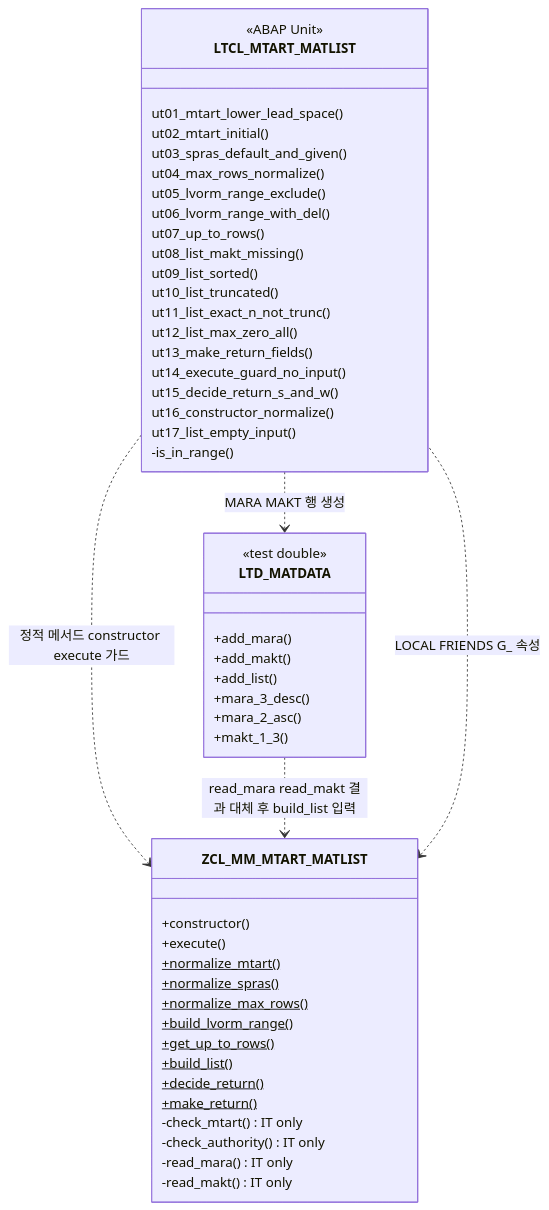
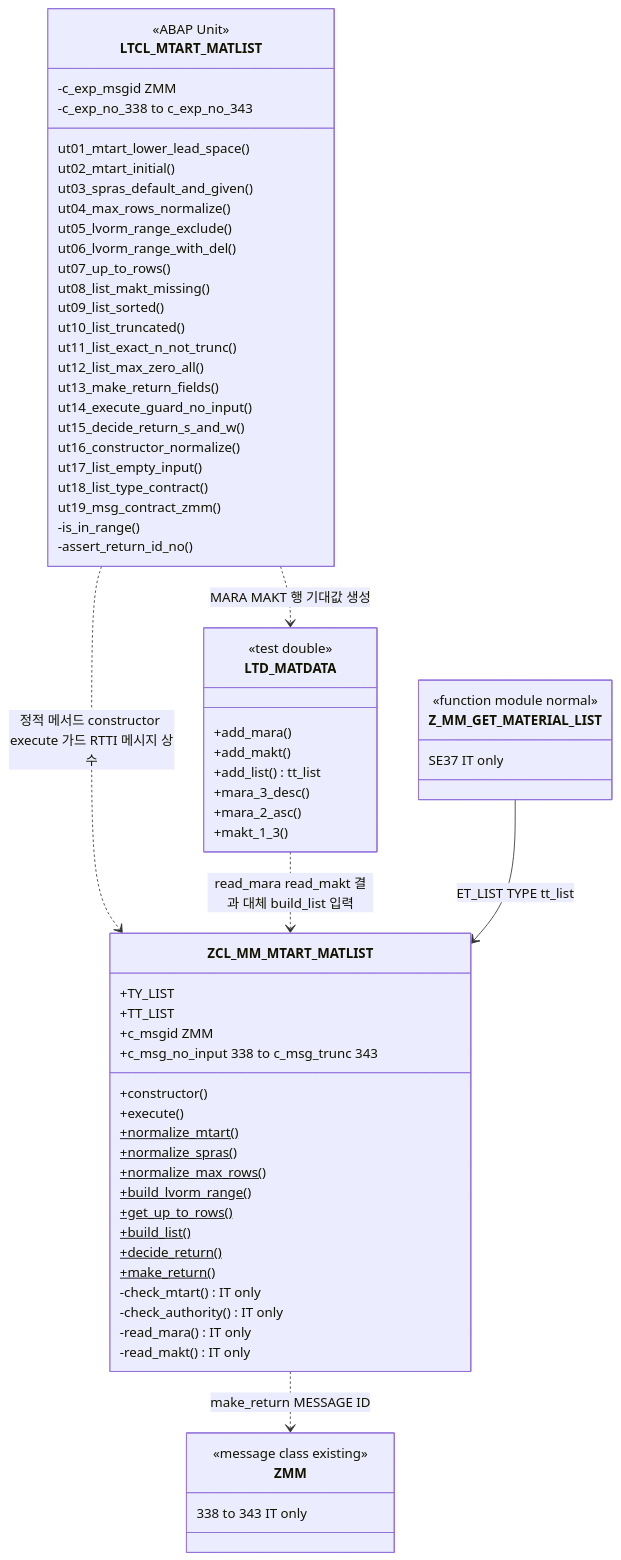
The third of 3 diagrams in work/20261119-f26e72/04_test.md (sunguphong/devsap), drawn with Mermaid before and after one commit. The commit also changed other lines of this file and 20 other files, not shown here.

````diff
--- a/work/20261119-f26e72/04_test.md
+++ b/work/20261119-f26e72/04_test.md
@@ -49,53 +53,71 @@
 ```mermaid
 classDiagram
   class LTCL_MTART_MATLIST {
     <<ABAP Unit>>
     ut01_mtart_lower_lead_space()
     ut02_mtart_initial()
     ut03_spras_default_and_given()
     ut04_max_rows_normalize()
     ut05_lvorm_range_exclude()
     ut06_lvorm_range_with_del()
     ut07_up_to_rows()
     ut08_list_makt_missing()
     ut09_list_sorted()
     ut10_list_truncated()
     ut11_list_exact_n_not_trunc()
     ut12_list_max_zero_all()
     ut13_make_return_fields()
     ut14_execute_guard_no_input()
     ut15_decide_return_s_and_w()
     ut16_constructor_normalize()
     ut17_list_empty_input()
+    ut18_list_type_contract()
+    ut19_msg_contract_zmm()
+    -c_exp_msgid ZMM
+    -c_exp_no_338 to c_exp_no_343
     -is_in_range()
+    -assert_return_id_no()
   }
   class LTD_MATDATA {
     <<test double>>
     +add_mara()
     +add_makt()
-    +add_list()
+    +add_list() tt_list
     +mara_3_desc()
     +mara_2_asc()
     +makt_1_3()
   }
   class ZCL_MM_MTART_MATLIST {
+    +TY_LIST
+    +TT_LIST
+    +c_msgid ZMM
+    +c_msg_no_input 338 to c_msg_trunc 343
     +constructor()
     +execute()
     +normalize_mtart()$
     +normalize_spras()$
     +normalize_max_rows()$
     +build_lvorm_range()$
     +get_up_to_rows()$
     +build_list()$
     +decide_return()$
     +make_return()$
     -check_mtart() IT only
     -check_authority() IT only
     -read_mara() IT only
     -read_makt() IT only
   }
-  LTCL_MTART_MATLIST ..> ZCL_MM_MTART_MATLIST : 정적 메서드 constructor execute 가드
-  LTCL_MTART_MATLIST ..> LTD_MATDATA : MARA MAKT 행 생성
-  LTD_MATDATA ..> ZCL_MM_MTART_MATLIST : read_mara read_makt 결과 대체 후 build_list 입력
-  ZCL_MM_MTART_MATLIST <.. LTCL_MTART_MATLIST : LOCAL FRIENDS G_ 속성
+  class ZMM {
+    <<message class existing>>
+    338 to 343 IT only
+  }
+  class Z_MM_GET_MATERIAL_LIST {
+    <<function module normal>>
+    SE37 IT only
+  }
+  LTCL_MTART_MATLIST ..> ZCL_MM_MTART_MATLIST : 정적 메서드 constructor execute 가드 RTTI 메시지 상수
+  LTCL_MTART_MATLIST ..> LTD_MATDATA : MARA MAKT 행 기대값 생성
+  LTD_MATDATA ..> ZCL_MM_MTART_MATLIST : read_mara read_makt 결과 대체 build_list 입력
+  Z_MM_GET_MATERIAL_LIST --> ZCL_MM_MTART_MATLIST : ET_LIST TYPE tt_list
+  ZCL_MM_MTART_MATLIST ..> ZMM : make_return MESSAGE ID
 ```
````
